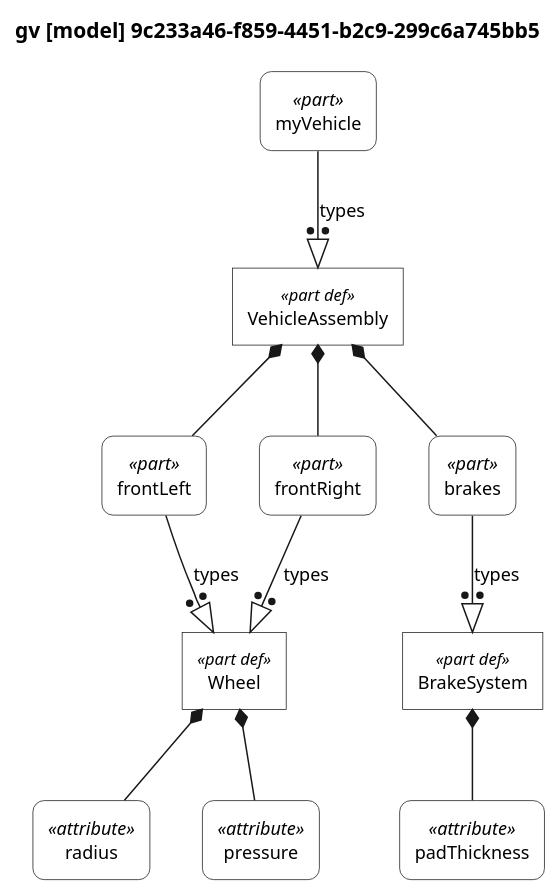
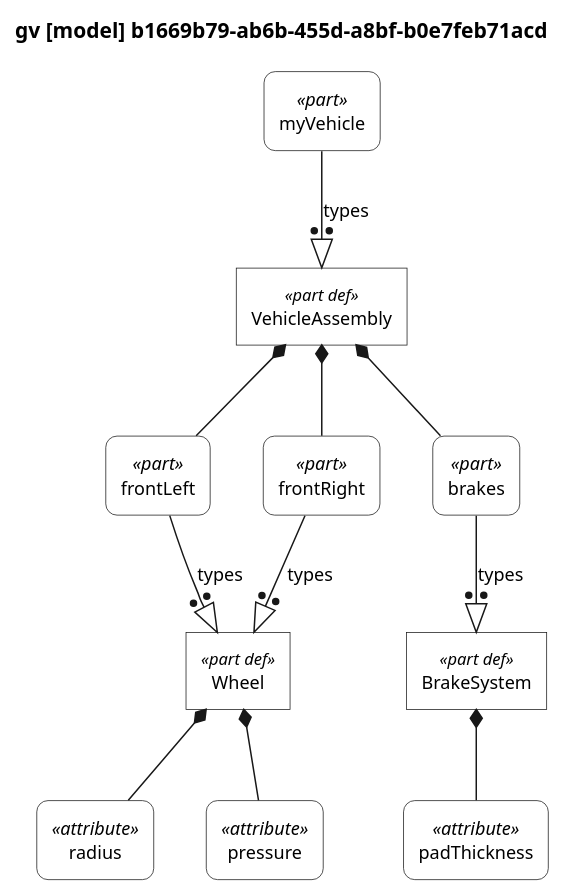
Before and after one commit to mycr0ft/sysml2py: the diagram in docs/plantuml-examples/03-vehicle-structure.puml, drawn with PlantUML. The commit also changed 27 other files, not shown here.

```diff
--- a/docs/plantuml-examples/03-vehicle-structure.puml
+++ b/docs/plantuml-examples/03-vehicle-structure.puml
@@ -1,129 +1,129 @@
 @startuml
 
 skinparam monochrome true
 skinparam wrapWidth 300
 skinparam defaultFontSize 12
 skinparam defaultFontName Helvetica
 
 ' Definitions: sharp corners, plain background
 skinparam rectangle<<part def>> {
     RoundCorner 0
     BackgroundColor white
     StereotypeFontSize 11
 }
 skinparam rectangle<<item def>> {
     RoundCorner 0
     BackgroundColor white
 }
 skinparam rectangle<<attribute def>> {
     RoundCorner 0
     BackgroundColor white
 }
 skinparam rectangle<<port def>> {
     RoundCorner 0
     BackgroundColor white
 }
 skinparam rectangle<<action def>> {
     RoundCorner 0
     BackgroundColor white
 }
 skinparam rectangle<<state def>> {
     RoundCorner 0
     BackgroundColor white
 }
 skinparam rectangle<<requirement def>> {
     RoundCorner 0
     BackgroundColor white
 }
 skinparam rectangle<<view def>> {
     RoundCorner 0
     BackgroundColor white
 }
 skinparam rectangle<<viewpoint def>> {
     RoundCorner 0
     BackgroundColor white
 }
 skinparam rectangle<<enumeration def>> {
     RoundCorner 0
     BackgroundColor white
 }
 
 ' Usages: rounded corners, plain background
 skinparam rectangle<<part>> {
     RoundCorner 15
     BackgroundColor white
 }
 skinparam rectangle<<item>> {
     RoundCorner 15
     BackgroundColor white
 }
 skinparam rectangle<<attribute>> {
     RoundCorner 15
     BackgroundColor white
 }
 skinparam rectangle<<port>> {
     RoundCorner 15
     BackgroundColor white
 }
 skinparam rectangle<<action>> {
     RoundCorner 15
     BackgroundColor white
 }
 skinparam rectangle<<state>> {
     RoundCorner 15
     BackgroundColor white
 }
 skinparam rectangle<<requirement>> {
     RoundCorner 15
     BackgroundColor white
 }
 skinparam rectangle<<view>> {
     RoundCorner 15
     BackgroundColor white
 }
 skinparam rectangle<<viewpoint>> {
     RoundCorner 15
     BackgroundColor white
 }
 skinparam rectangle<<enumeration>> {
     RoundCorner 15
     BackgroundColor white
 }
 
 ' Views as folders
 skinparam folder<<view def>> {
     BackgroundColor white
 }
 skinparam folder<<view>> {
     BackgroundColor white
 }
 
 top to bottom direction
 
-title gv [model] 9c233a46-f859-4451-b2c9-299c6a745bb5
+title gv [model] b1669b79-ab6b-455d-a8bf-b0e7feb71acd
 
 hide circle
 
 rectangle "Wheel" as E1 <<part def>>
 rectangle "radius" as E2 <<attribute>>
 rectangle "pressure" as E4 <<attribute>>
 rectangle "BrakeSystem" as E6 <<part def>>
 rectangle "padThickness" as E7 <<attribute>>
 rectangle "VehicleAssembly" as E9 <<part def>>
 rectangle "frontLeft" as E10 <<part>>
 rectangle "frontRight" as E11 <<part>>
 rectangle "brakes" as E12 <<part>>
 rectangle "myVehicle" as E13 <<part>>
 
 E1 *-- E2
 E1 *-- E4
 E6 *-- E7
 E9 *-- E10
 E10 --:|> E1 : types
 E9 *-- E11
 E11 --:|> E1 : types
 E9 *-- E12
 E12 --:|> E6 : types
 E13 --:|> E9 : types
 
 @enduml
```
